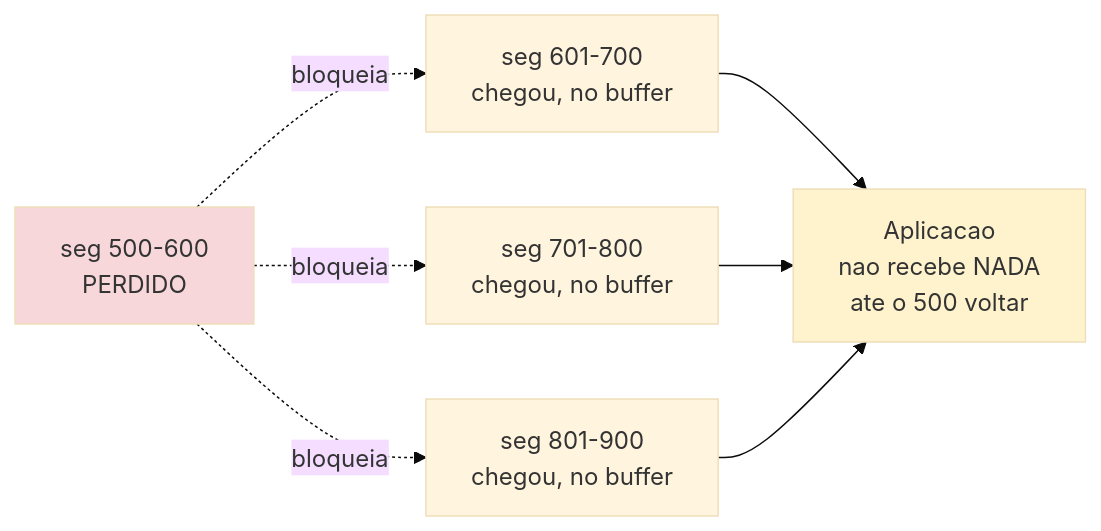
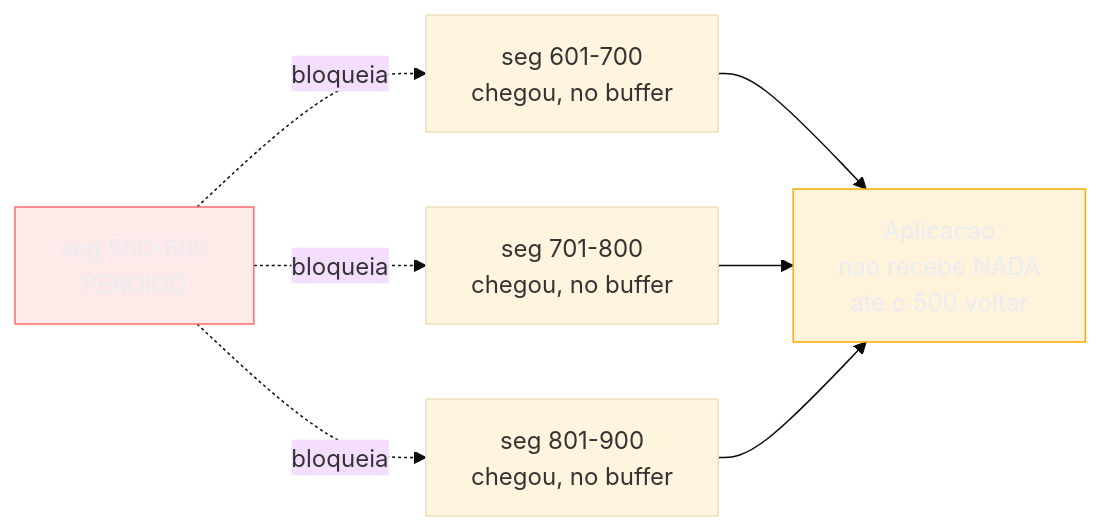
One commit to josenaldo/codex-technomanticus changed the sixth of 7 diagrams in 03-Dominios/Ciência/Redes e Protocolos/02 - TCP.md. Above: the diagram before and after it, drawn with Mermaid (base theme). The commit also changed other lines of this file and 1181 other files, not shown here.

First line of the commit message:
fix(diagramas): paleta do sistema no lugar de cor cravada no markdown

````diff
--- a/03-Dominios/Ciência/Redes e Protocolos/02 - TCP.md
+++ b/03-Dominios/Ciência/Redes e Protocolos/02 - TCP.md
@@ -201,11 +208,13 @@
 ```mermaid
 flowchart LR
+    classDef falha fill:#FF6B6B24,stroke:#FF6B6B,color:#E9ECF2
+    classDef destaque fill:#FFAA0024,stroke:#FFAA00,color:#E9ECF2
     A["seg 500-600<br/>PERDIDO"] -.bloqueia.-> B["seg 601-700<br/>chegou, no buffer"]
     A -.bloqueia.-> C["seg 701-800<br/>chegou, no buffer"]
     A -.bloqueia.-> D["seg 801-900<br/>chegou, no buffer"]
     B --> E["Aplicacao<br/>nao recebe NADA<br/>ate o 500 voltar"]
     C --> E
     D --> E
-    style A fill:#f8d7da
-    style E fill:#fff3cd
+    class A falha
+    class E destaque
 ```
````
